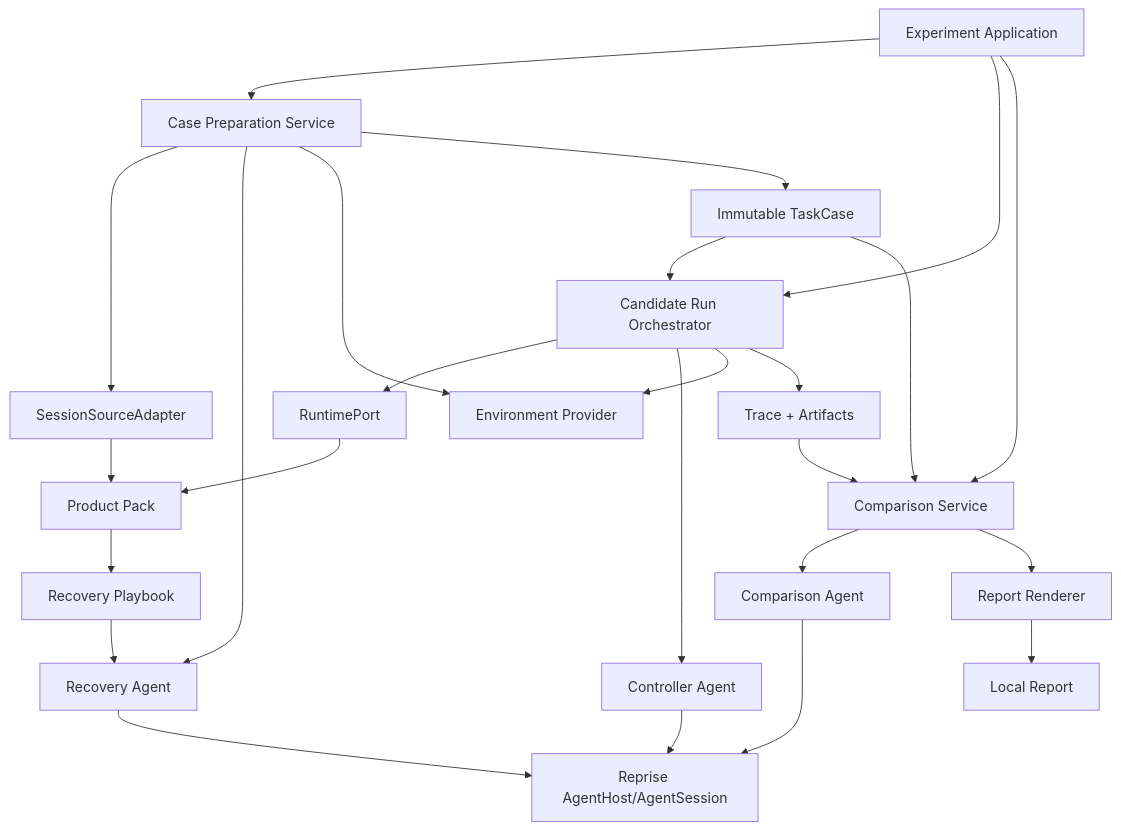
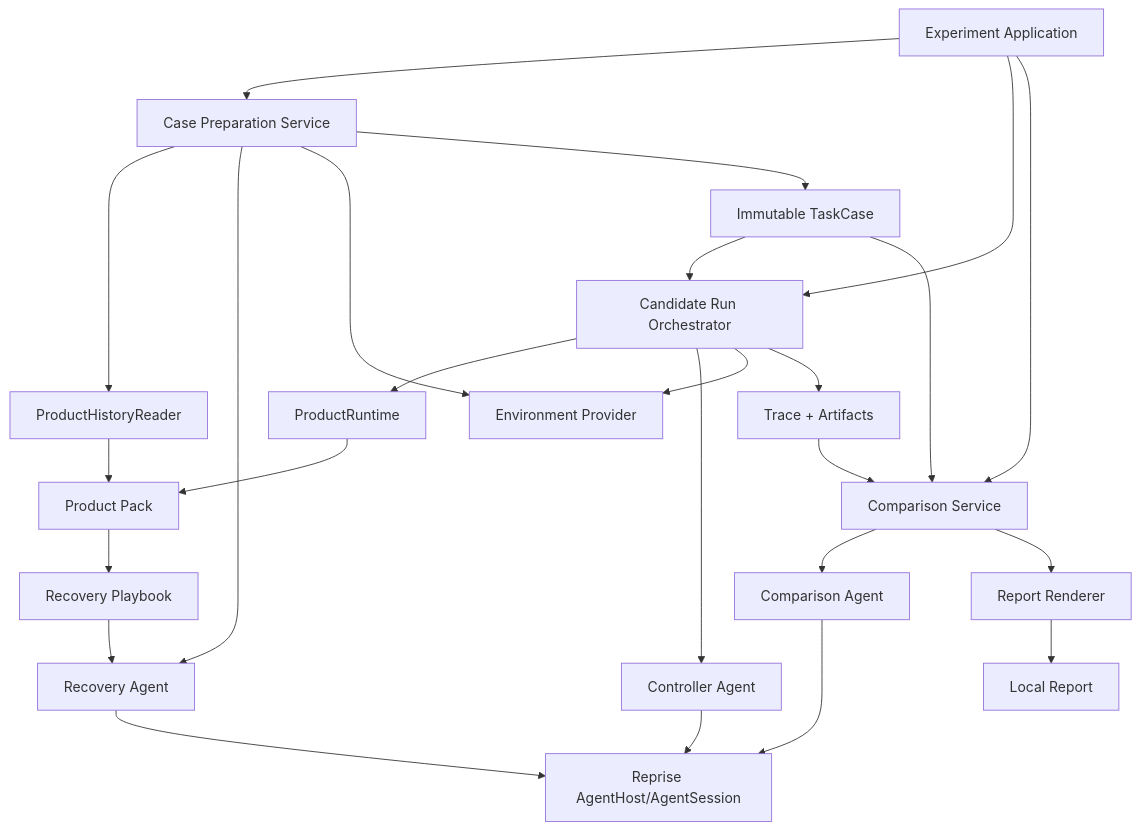
One commit to caulif/Reprise changed the first of 2 diagrams in docs/architecture/overview.md. Above: the diagram before and after it, drawn with Mermaid. The commit also changed other lines of this file and 114 other files, not shown here.

First line of the commit message:
feat: land product-agnostic candidate pack, runtime journal, and experiment entry

````diff
--- a/docs/architecture/overview.md
+++ b/docs/architecture/overview.md
@@ -43,33 +43,33 @@
 ```mermaid
 flowchart TB
     APP[Experiment Application] --> PREP[Case Preparation Service]
     APP --> RUN[Candidate Run Orchestrator]
     APP --> COMPARE[Comparison Service]
 
-    PREP --> SOURCE[SessionSourceAdapter]
+    PREP --> SOURCE[ProductHistoryReader]
     PREP --> RECOVERY[Recovery Agent]
     PREP --> ENV[Environment Provider]
 
-    RUN --> RUNTIME[RuntimePort]
+    RUN --> RUNTIME[ProductRuntime]
     RUN --> CTRL[Controller Agent]
     RUN --> ENV
     RUN --> TRACE[Trace + Artifacts]
 
     COMPARE --> COMPARISON[Comparison Agent]
     COMPARE --> RENDERER[Report Renderer]
 
     RECOVERY --> PI[Reprise AgentHost/AgentSession]
     CTRL --> PI
     COMPARISON --> PI
 
     SOURCE --> PACK[Product Pack]
     RUNTIME --> PACK
     PACK --> PLAYBOOK[Recovery Playbook]
     PLAYBOOK --> RECOVERY
 
     PREP --> CASE[Immutable TaskCase]
     CASE --> RUN
     CASE --> COMPARE
     TRACE --> COMPARE
     RENDERER --> USER[Local Report]
 ```
````
